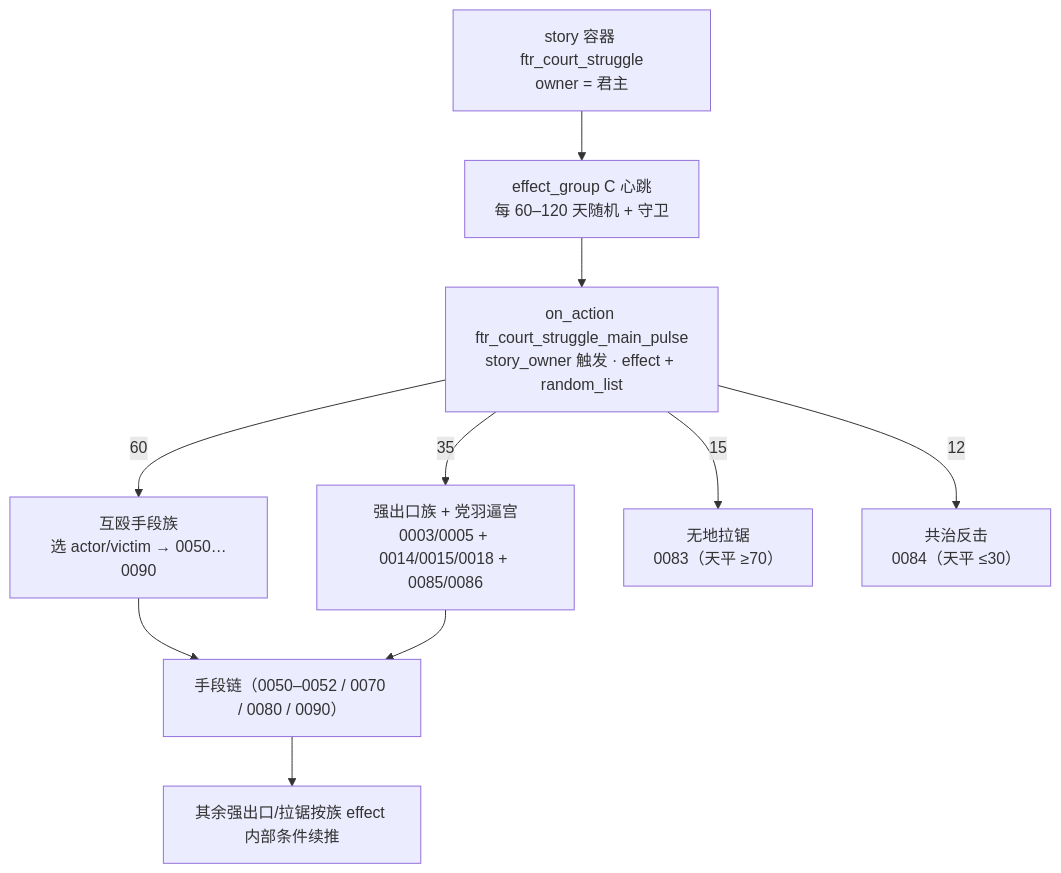
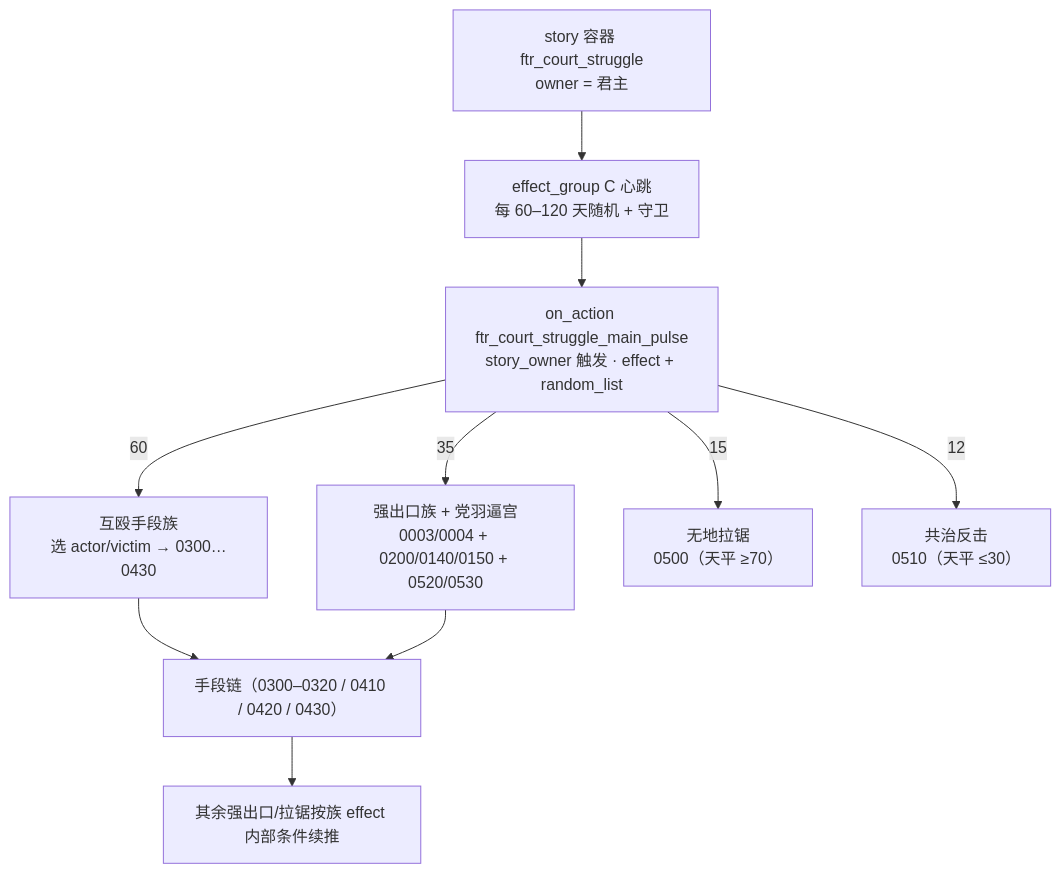
The diagram in document/task_design/01-朝堂权力角逐-系统设计.md (FeronCompany/ck3_for_the_realm), drawn with Mermaid before and after one commit. The commit also changed other lines of this file and 21 other files, not shown here.

````diff
--- a/document/task_design/01-朝堂权力角逐-系统设计.md
+++ b/document/task_design/01-朝堂权力角逐-系统设计.md
@@ -204,12 +205,12 @@
 ```mermaid
 flowchart TD
     ST["story 容器 ftr_court_struggle<br/>owner = 君主"] --> EG["effect_group C 心跳<br/>每 60–120 天随机 + 守卫"]
     EG -->     OA["on_action ftr_court_struggle_main_pulse<br/>story_owner 触发 · effect + random_list"]
-    OA -- 60 --> F1["互殴手段族<br/>选 actor/victim → 0050…0090"]
-    OA -- 35 --> F2["强出口族 + 党羽逼宫<br/>0003/0005 + 0014/0015/0018 + 0085/0086"]
-    OA -- 15 --> F3["无地拉锯<br/>0083（天平 ≥70）"]
-    OA -- 12 --> F4["共治反击<br/>0084（天平 ≤30）"]
-    F1 --> D["手段链（0050–0052 / 0070 / 0080 / 0090）"]
+    OA -- 60 --> F1["互殴手段族<br/>选 actor/victim → 0300…0430"]
+    OA -- 35 --> F2["强出口族 + 党羽逼宫<br/>0003/0004 + 0200/0140/0150 + 0520/0530"]
+    OA -- 15 --> F3["无地拉锯<br/>0500（天平 ≥70）"]
+    OA -- 12 --> F4["共治反击<br/>0510（天平 ≤30）"]
+    F1 --> D["手段链（0300–0320 / 0410 / 0420 / 0430）"]
     F2 --> D
     D --> R["其余强出口/拉锯按族 effect 内部条件续推"]
 ```
````
